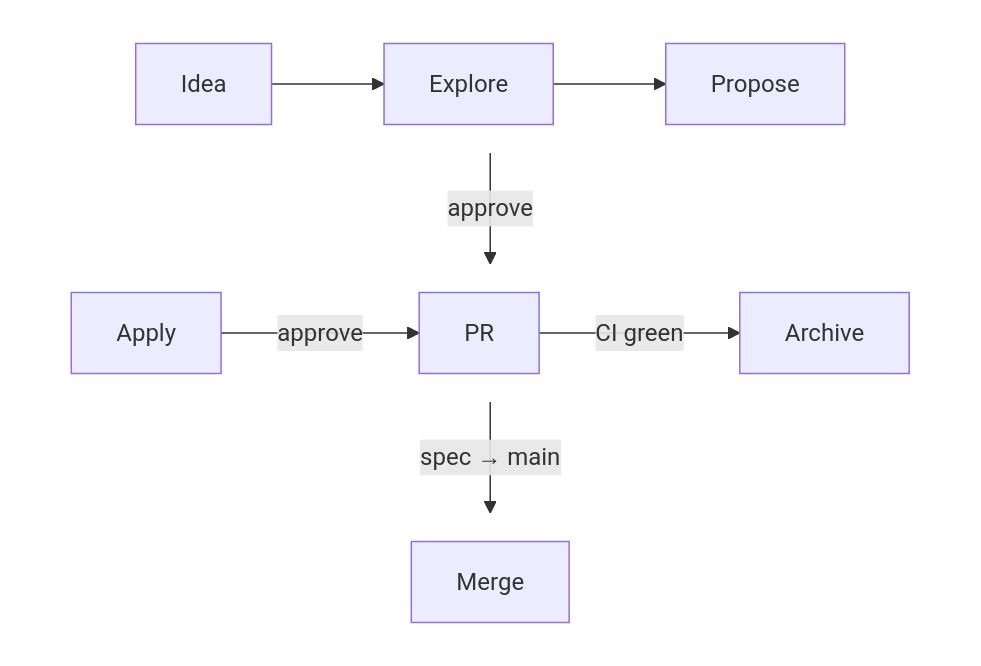
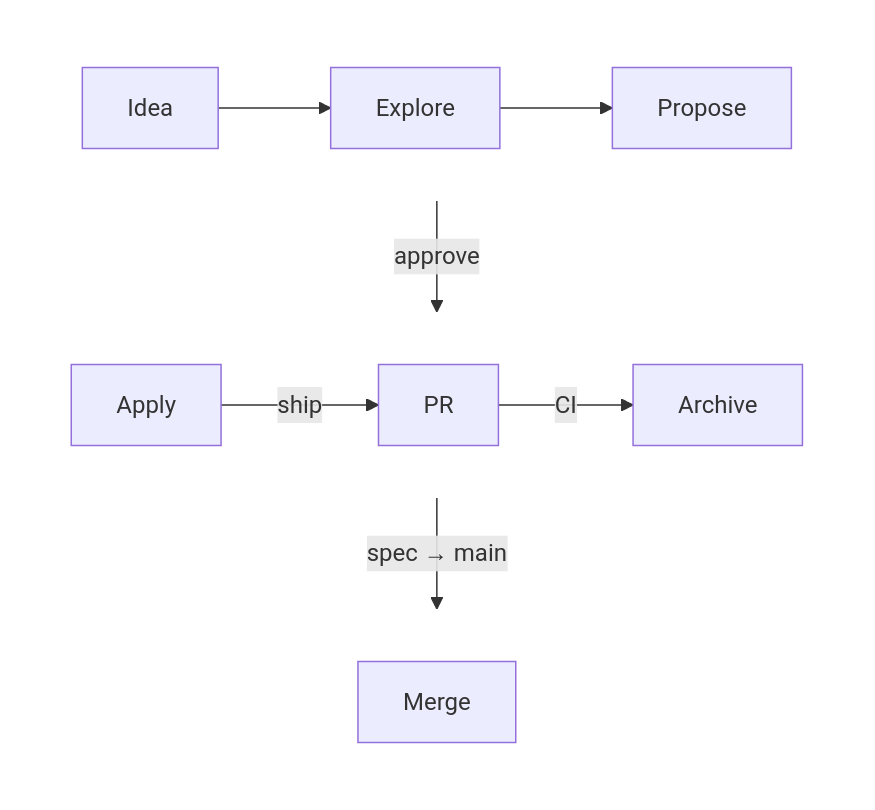
The third of 3 diagrams in README.md (aanbrn/axon-showcase), drawn with Mermaid before and after one commit. The commit also changed other lines of this file and 11 other files, not shown here.

````diff
--- a/README.md
+++ b/README.md
@@ -278,21 +278,20 @@
 ```mermaid
-%%{init: {"flowchart": {"nodeSpacing": 18}}}%%
 flowchart TB
     subgraph r1[" "]
         direction LR
         Idea --> Explore --> Propose
     end
     subgraph r2[" "]
         direction LR
-        Apply -->|"approve"| PR -->|"CI green"| Archive
+        Apply -->|"ship"| PR -->|"CI"| Archive
     end
     subgraph r3[" "]
         direction LR
         Merge
     end
     r1 -->|"approve"| r2
     r2 -->|"spec → main"| r3
     style r1 fill:none,stroke:none
     style r2 fill:none,stroke:none
     style r3 fill:none,stroke:none
 ```
````
